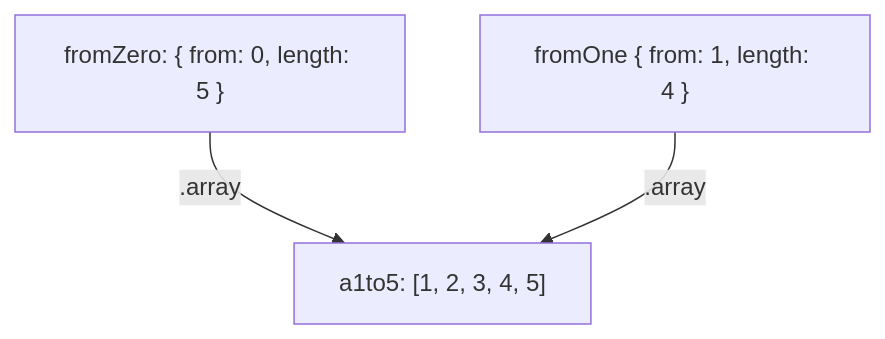
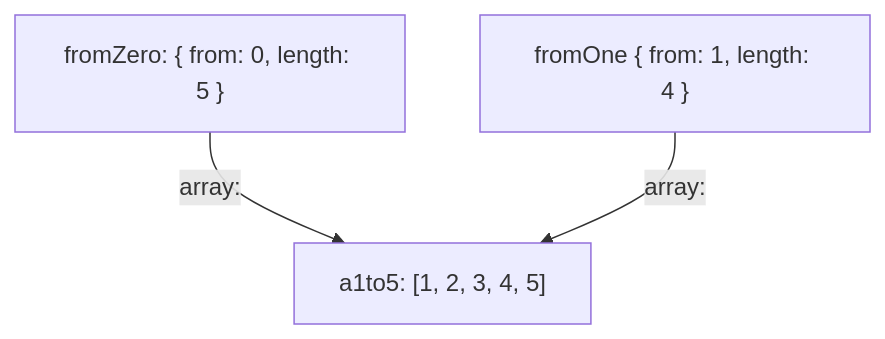
One commit to raganwald/raganwald.github.com changed the fifth of 7 diagrams in _posts/2019-01-14-structural-sharing-and-copy-on-write.md. Above: the diagram before and after it, drawn with Mermaid. The commit also changed other lines of this file, not shown here.

```diff
--- a/_posts/2019-01-14-structural-sharing-and-copy-on-write.md
+++ b/_posts/2019-01-14-structural-sharing-and-copy-on-write.md
@@ -368,5 +368,5 @@
 <div class="mermaid">
   graph TD
-    b["fromZero: { from: 0, length: 5 }"]-- .array -->a["a1to5: [1, 2, 3, 4, 5]"]
-    c["fromOne { from: 1, length: 4 }"]-- .array -->a;
+    b["fromZero: { from: 0, length: 5 }"]-->|array:|a["a1to5: [1, 2, 3, 4, 5]"]
+    c["fromOne { from: 1, length: 4 }"]-->|array:|a;
 </div>
```
